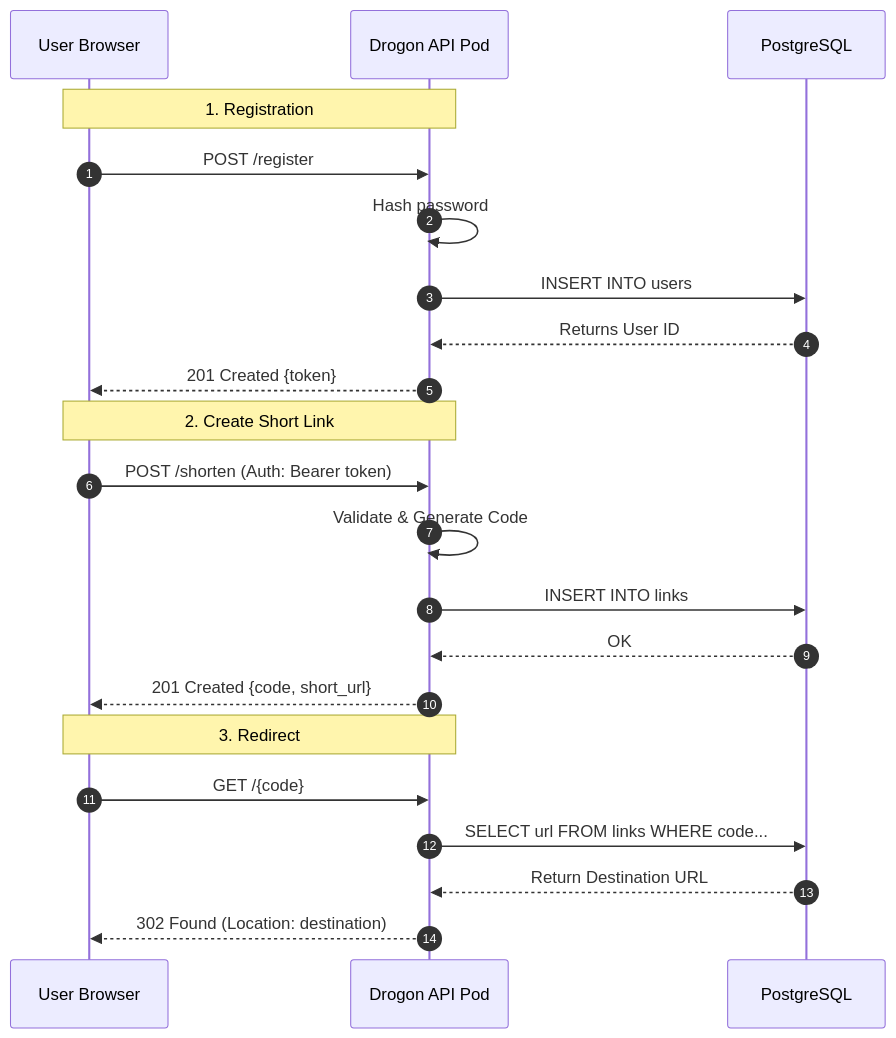
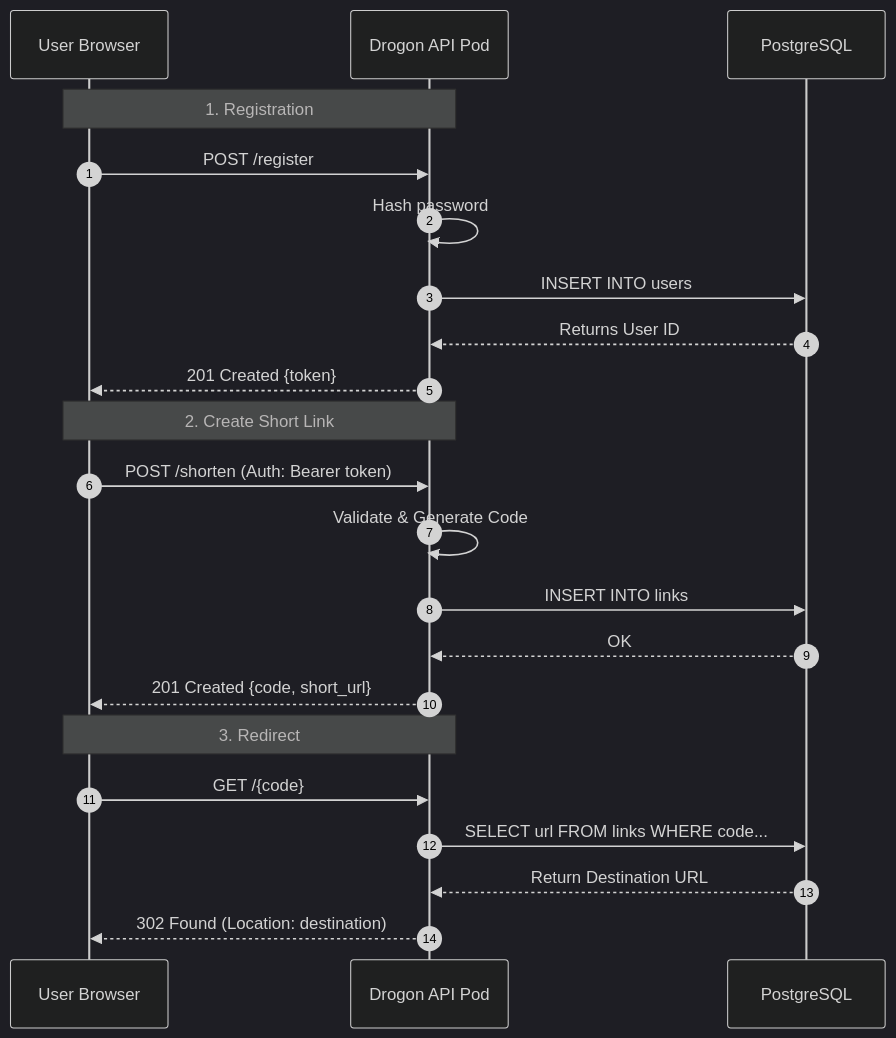
Before and after one commit to rajeshkumarblr/myurlshortener: the diagram in docs/sequence.mmd, drawn with Mermaid. The commit also changed 3 other files, not shown here.

Commit message:
Update diagrams: dark mode, transparent bg, higher resolution, vertical layout

```diff
--- a/docs/sequence.mmd
+++ b/docs/sequence.mmd
@@ -1,25 +1,26 @@
+%%{init: {'theme': 'dark', 'themeVariables': { 'fontSize': '20px', 'fontFamily': 'Segoe UI, Tahoma, Geneva, Verdana, sans-serif' }}}%%
 sequenceDiagram
     autonumber
     participant User as User Browser
     participant API as Drogon API Pod
     participant DB as PostgreSQL
 
     Note over User, API: 1. Registration
     User->>API: POST /register
     API->>API: Hash password
     API->>DB: INSERT INTO users
     DB-->>API: Returns User ID
     API-->>User: 201 Created {token}
 
     Note over User, API: 2. Create Short Link
     User->>API: POST /shorten (Auth: Bearer token)
     API->>API: Validate & Generate Code
     API->>DB: INSERT INTO links
     DB-->>API: OK
     API-->>User: 201 Created {code, short_url}
 
     Note over User, API: 3. Redirect
     User->>API: GET /{code}
     API->>DB: SELECT url FROM links WHERE code...
     DB-->>API: Return Destination URL
     API-->>User: 302 Found (Location: destination)
```
